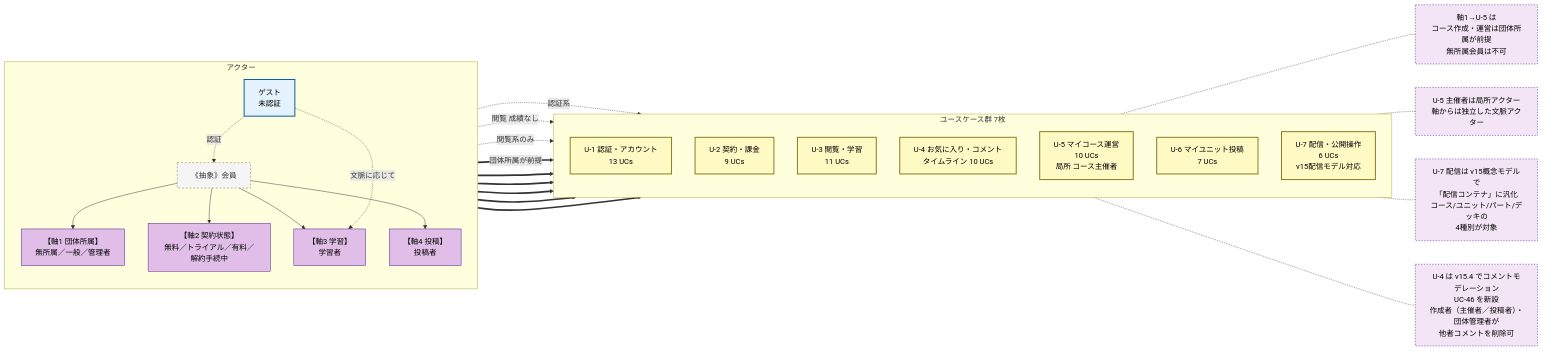
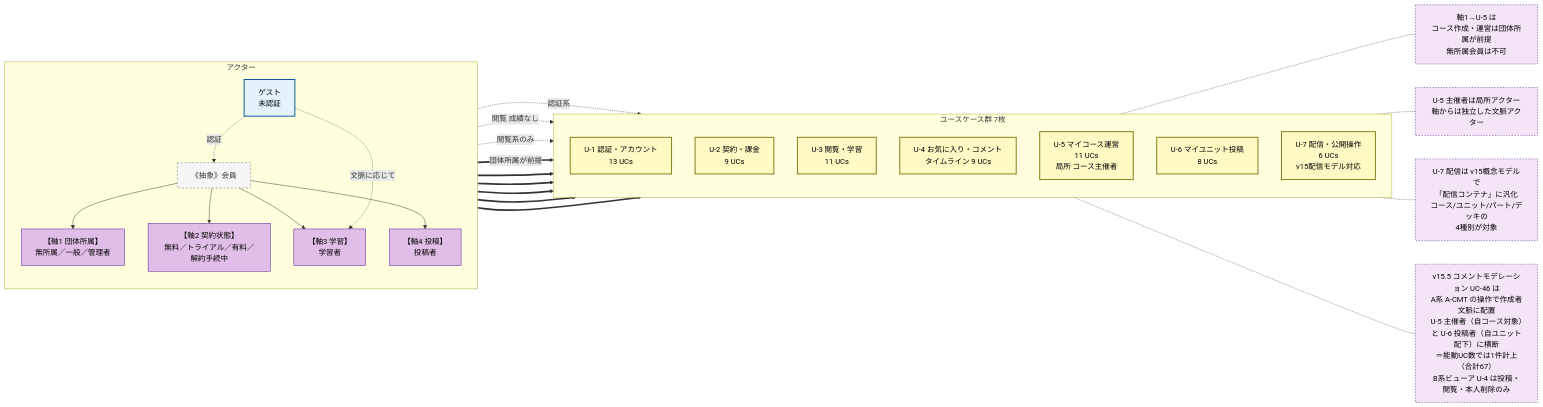
The diagram in choi/学習者アプリ_ユースケース図/学習者アプリ_ユースケース図_全体俯瞰.mmd (topicmaker-git/Pages), drawn with Mermaid before and after one commit. The commit also changed 7 other files, not shown here.

```diff
--- a/choi/学習者アプリ_ユースケース図/学習者アプリ_ユースケース図_全体俯瞰.mmd
+++ b/choi/学習者アプリ_ユースケース図/学習者アプリ_ユースケース図_全体俯瞰.mmd
@@ -1,56 +1,58 @@
 flowchart LR
 
 classDef actor fill:#e3f2fd,stroke:#01579b,stroke-width:2px,color:#000
 classDef abstract fill:#f5f5f5,stroke:#666,stroke-width:1px,stroke-dasharray:4 4,color:#333
 classDef ucgroup fill:#fff9c4,stroke:#827717,stroke-width:2px,color:#000
 classDef axis fill:#e1bee7,stroke:#4a148c,stroke-width:1px,color:#000
 classDef note fill:#f3e5f5,stroke:#4a148c,stroke-width:1px,stroke-dasharray:3 3,color:#000
 
 subgraph A["アクター"]
     direction TB
     Guest["ゲスト<br/>未認証"]:::actor
     Member["《抽象》会員"]:::abstract
     A1["【軸1 団体所属】<br/>無所属／一般／管理者"]:::axis
     A2["【軸2 契約状態】<br/>無料／トライアル／有料／解約手続中"]:::axis
     A3["【軸3 学習】<br/>学習者"]:::axis
     A4["【軸4 投稿】<br/>投稿者"]:::axis
     Guest -.->|認証| Member
     Member --> A1
     Member --> A2
     Member --> A3
     Member --> A4
     Guest -.->|文脈に応じて| A3
 end
 
 subgraph U["ユースケース群 7枚"]
     direction TB
     U1["U-1 認証・アカウント<br/>13 UCs"]:::ucgroup
     U2["U-2 契約・課金<br/>9 UCs"]:::ucgroup
     U3["U-3 閲覧・学習<br/>11 UCs"]:::ucgroup
-    U4["U-4 お気に入り・コメント<br/>タイムライン 10 UCs"]:::ucgroup
-    U5["U-5 マイコース運営<br/>10 UCs<br/>局所 コース主催者"]:::ucgroup
-    U6["U-6 マイユニット投稿<br/>7 UCs"]:::ucgroup
+    U4["U-4 お気に入り・コメント<br/>タイムライン 9 UCs"]:::ucgroup
+    U5["U-5 マイコース運営<br/>11 UCs<br/>局所 コース主催者"]:::ucgroup
+    U6["U-6 マイユニット投稿<br/>8 UCs"]:::ucgroup
     U7["U-7 配信・公開操作<br/>6 UCs<br/>v15配信モデル対応"]:::ucgroup
 end
 
 Guest -.->|認証系| U1
 Guest -.->|閲覧 成績なし| U3
 Guest -.->|閲覧系のみ| U4
 
 A1 ==>|団体所属が前提| U5
 
 A2 ==> U2
 A3 ==> U3
 A3 ==> U4
 A4 ==> U6
 A4 ==> U7
 
 note2["軸1→U-5 は<br/>コース作成・運営は団体所属が前提<br/>無所属会員は不可"]:::note
 note3["U-5 主催者は局所アクター<br/>軸からは独立した文脈アクター"]:::note
 note4["U-7 配信は v15概念モデルで<br/>「配信コンテナ」に汎化<br/>コース/ユニット/パート/デッキの<br/>4種別が対象"]:::note
-note5["U-4 は v15.4 でコメントモデレーション<br/>UC-46 を新設<br/>作成者（主催者／投稿者）・団体管理者が<br/>他者コメントを削除可"]:::note
+note5["v15.5 コメントモデレーション UC-46 は<br/>A系 A-CMT の操作で作成者文脈に配置<br/>U-5 主催者（自コース対象）と U-6 投稿者（自ユニット配下）に横断<br/>＝能動UC数では1件計上（合計67）<br/>B系ビューア U-4 は投稿・閲覧・本人削除のみ"]:::note
 
 U5 -.- note2
 U5 -.- note3
 U7 -.- note4
-U4 -.- note5
+U5 -.- note5
+
+class U1,U2,U3,U4,U5,U6,U7 ucgroup
```
